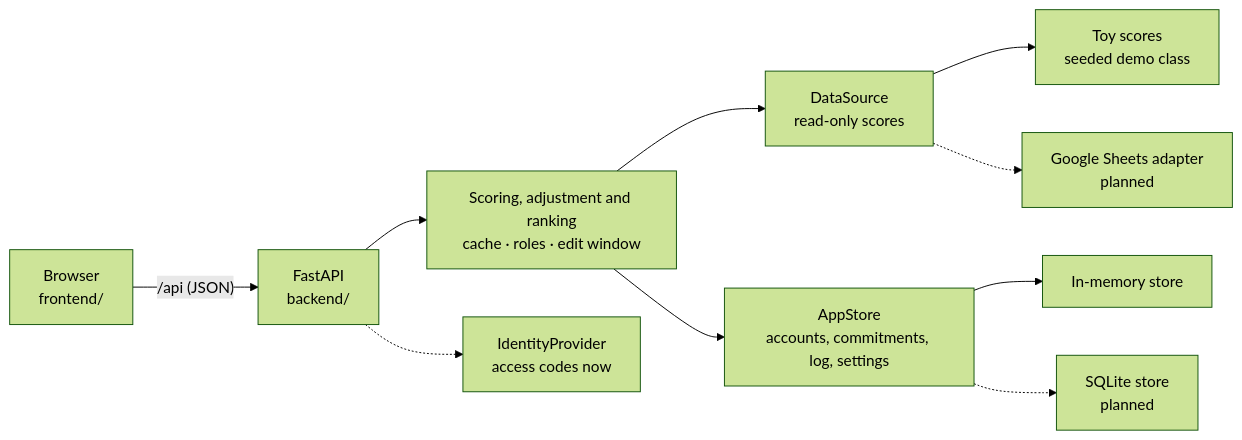
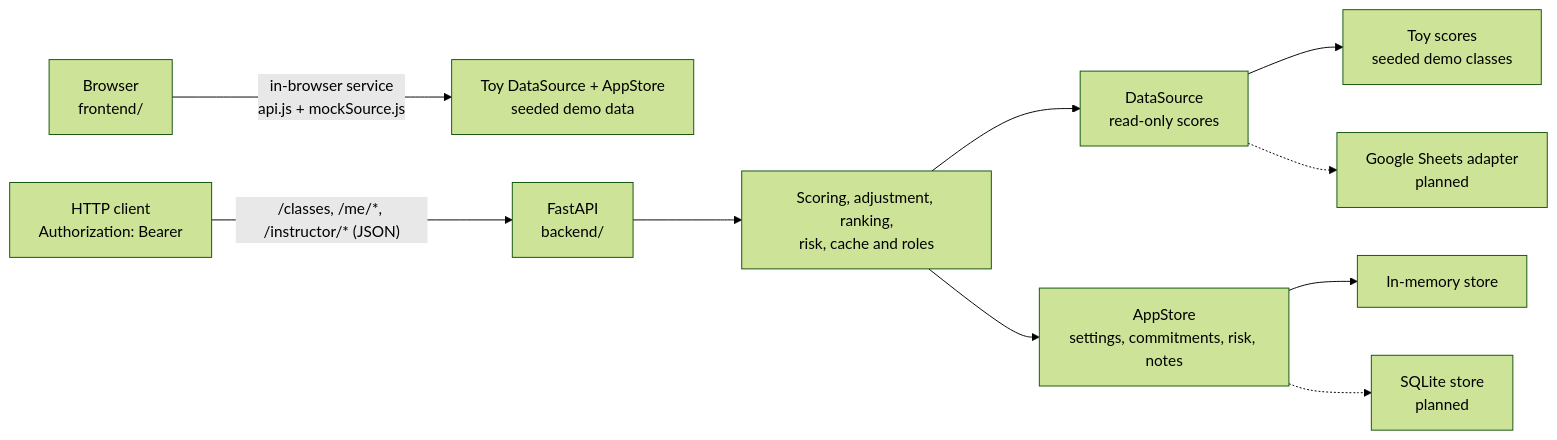
Before and after one commit to educatorsRlearners/league-table: the diagram in README.md, drawn with Mermaid (forest theme). The commit also changed other lines of this file and 1 other file, not shown here.

````diff
--- a/README.md
+++ b/README.md
@@ -49,12 +50,12 @@
 ```mermaid
 flowchart LR
-  UI["Browser<br/>frontend/"] -->|"/api (JSON)"| API["FastAPI<br/>backend/"]
-  API --> S["Scoring, adjustment and ranking<br/>cache · roles · edit window"]
+  UI["Browser<br/>frontend/"] -->|"in-browser service<br/>api.js + mockSource.js"| TOY["Toy DataSource + AppStore<br/>seeded demo data"]
+  HTTP["HTTP client<br/>Authorization: Bearer"] -->|"/classes, /me/*, /instructor/* (JSON)"| API["FastAPI<br/>backend/"]
+  API --> S["Scoring, adjustment, ranking,<br/>risk, cache and roles"]
   S --> DS["DataSource<br/>read-only scores"]
-  S --> AS["AppStore<br/>accounts, commitments, log, settings"]
-  DS --> M["Toy scores<br/>seeded demo class"]
+  S --> AS["AppStore<br/>settings, commitments, risk, notes"]
+  DS --> M["Toy scores<br/>seeded demo classes"]
   DS -.-> G["Google Sheets adapter<br/>planned"]
   AS --> MEM["In-memory store"]
   AS -.-> SQ["SQLite store<br/>planned"]
-  API -.-> ID["IdentityProvider<br/>access codes now"]
 ```
````
